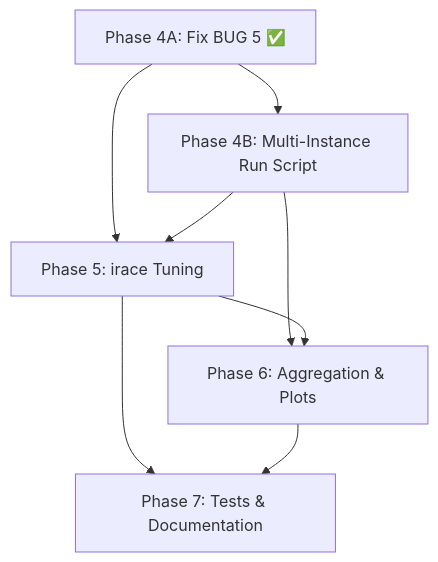
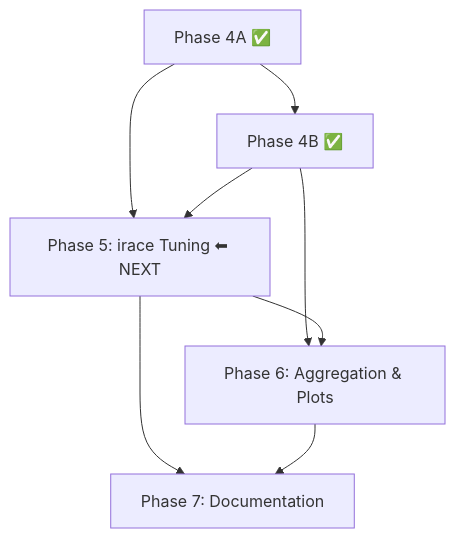
Before and after one commit to luishpmendes/mopop: the diagram in docs/implementation_plan.md, drawn with Mermaid. The commit also changed other lines of this file, not shown here.

Commit message:
docs: document instance count justification and update implementation plan with Phase 4B completion status

````diff
--- a/docs/implementation_plan.md
+++ b/docs/implementation_plan.md
@@ -526,10 +490,10 @@
 ```mermaid
 graph TD
-    P4A["Phase 4A: Fix BUG 5 ✅"] --> P4B["Phase 4B: Multi-Instance Run Script"]
-    P4A --> P5["Phase 5: irace Tuning"]
+    P4A["Phase 4A ✅"] --> P4B["Phase 4B ✅"]
+    P4A --> P5["Phase 5: irace Tuning ⬅ NEXT"]
     P4B --> P5
     P4B --> P6["Phase 6: Aggregation & Plots"]
     P5 --> P6
-    P5 --> P7["Phase 7: Tests & Documentation"]
+    P5 --> P7["Phase 7: Documentation"]
     P6 --> P7
 ```
````
